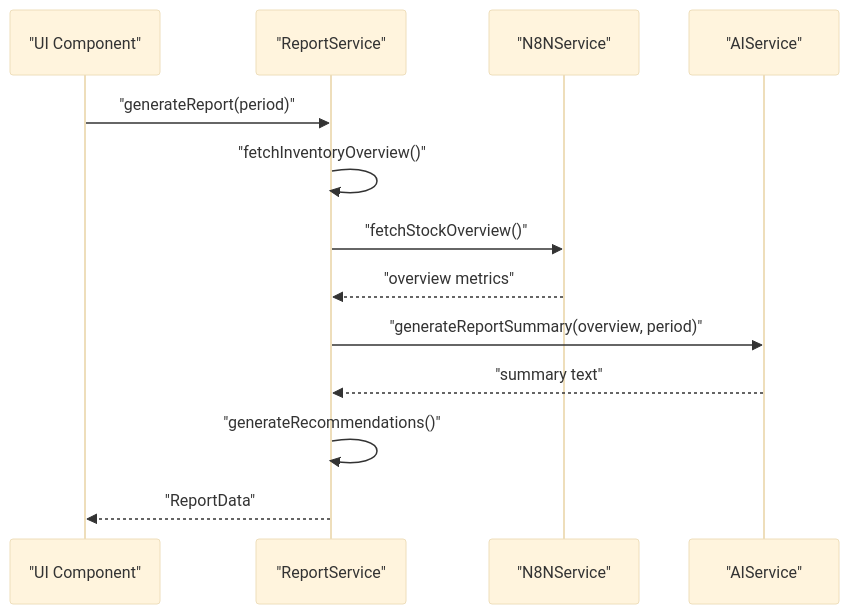
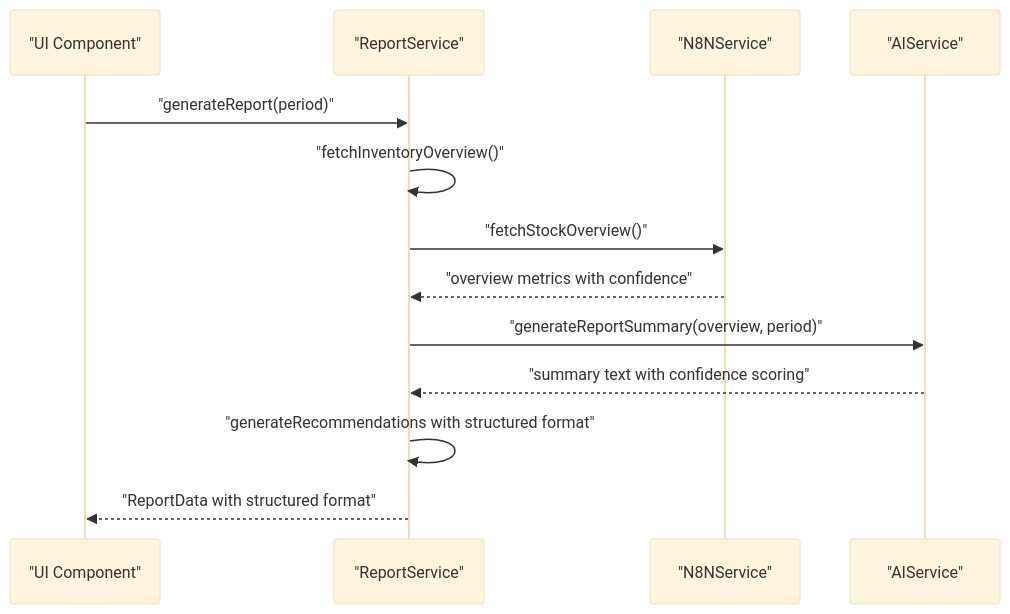
The sixth of 9 diagrams in .qoder/repowiki/en/content/Services Layer/Services Layer.md (cacamarica/dashboard-ai), drawn with Mermaid (base theme) before and after one commit. The commit also changed other lines of this file and 5 other files, not shown here.

First line of the commit message:
feat(ai-assistant): enhance AI integration with TypeScript and confidence scoring

````diff
--- a/.qoder/repowiki/en/content/Services Layer/Services Layer.md
+++ b/.qoder/repowiki/en/content/Services Layer/Services Layer.md
@@ -298,15 +320,15 @@
 ```mermaid
 sequenceDiagram
 participant UI as "UI Component"
 participant RS as "ReportService"
 participant N8N as "N8NService"
 participant AI as "AIService"
 UI->>RS : "generateReport(period)"
 RS->>RS : "fetchInventoryOverview()"
 RS->>N8N : "fetchStockOverview()"
-N8N-->>RS : "overview metrics"
+N8N-->>RS : "overview metrics with confidence"
 RS->>AI : "generateReportSummary(overview, period)"
-AI-->>RS : "summary text"
-RS->>RS : "generateRecommendations()"
-RS-->>UI : "ReportData"
+AI-->>RS : "summary text with confidence scoring"
+RS->>RS : "generateRecommendations with structured format"
+RS-->>UI : "ReportData with structured format"
 ```
````
